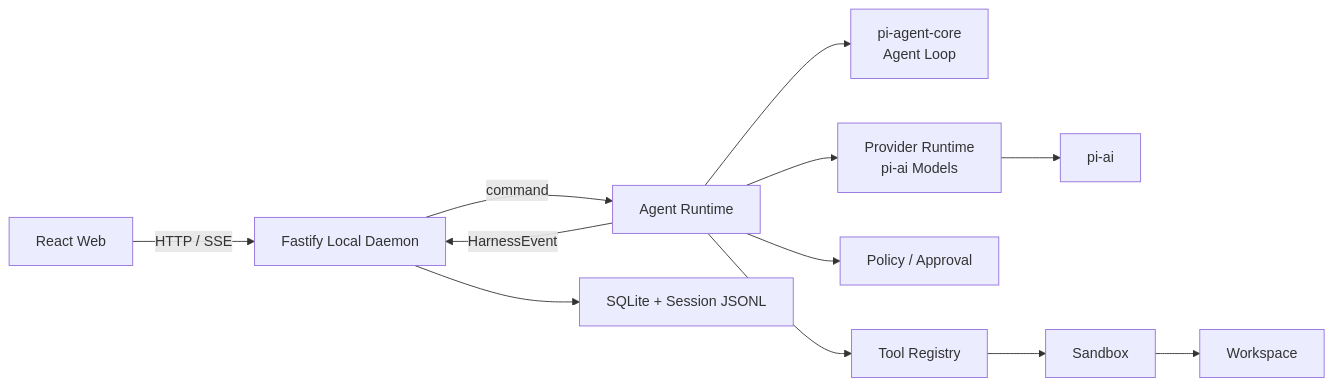
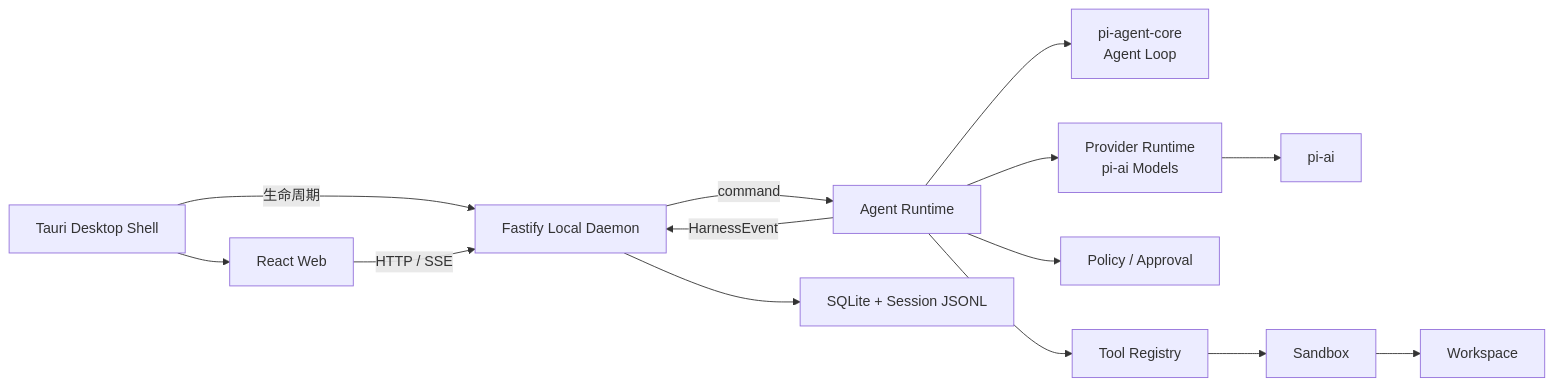
One commit to xiaotianna/pi-harness changed the diagram in docs/架构设计.md. Above: the diagram before and after it, drawn with Mermaid. The commit also changed other lines of this file and 85 other files, not shown here.

Commit message:
feat(desktop): 接入 Tauri 桌面端

````diff
--- a/docs/架构设计.md
+++ b/docs/架构设计.md
@@ -38,26 +38,29 @@
 ```mermaid
 flowchart LR
+    Desktop["Tauri Desktop Shell"]
     Web["React Web"]
     Daemon["Fastify Local Daemon"]
     Runtime["Agent Runtime"]
     Core["pi-agent-core<br/>Agent Loop"]
     Providers["Provider Runtime<br/>pi-ai Models"]
     AI["pi-ai"]
     Policy["Policy / Approval"]
     Tools["Tool Registry"]
     Sandbox["Sandbox"]
     Store["SQLite + Session JSONL"]
     Workspace["Workspace"]
 
+    Desktop --> Web
+    Desktop -->|"生命周期"| Daemon
     Web -->|"HTTP / SSE"| Daemon
     Daemon -->|"command"| Runtime
     Runtime -->|"HarnessEvent"| Daemon
     Runtime --> Core
     Runtime --> Providers
     Providers --> AI
     Runtime --> Policy
     Runtime --> Tools
     Tools --> Sandbox
     Sandbox --> Workspace
     Daemon --> Store
 ```
````
